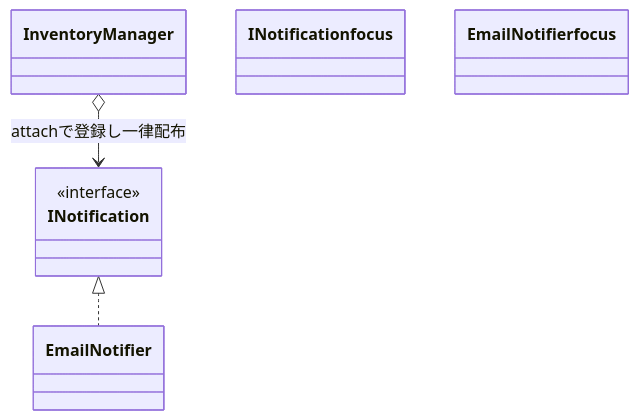
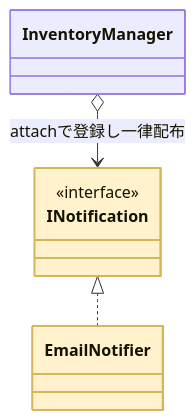
The tenth of 15 diagrams in kindle/design-patterns/output/chapter07.md (kumachan1101-pixel/DesignPattern), drawn with Mermaid before and after one commit. The commit also changed other lines of this file and 15 other files, not shown here.

First line of the commit message:
全章classDiagram: phantom浮きクラスを生む着色構文 class X focus を :::focus へ修正（103箇所）

````diff
--- a/kindle/design-patterns/output/chapter07.md
+++ b/kindle/design-patterns/output/chapter07.md
@@ -1314,11 +1314,11 @@
 ```mermaid
 classDiagram
     class InventoryManager
     class INotification { <<interface>> }
     class EmailNotifier
     InventoryManager o--> INotification : attachで登録し一律配布
     INotification <|.. EmailNotifier
-    class INotification focus
-    class EmailNotifier focus
+    class INotification:::focus
+    class EmailNotifier:::focus
     classDef focus fill:#FFF2CC,stroke:#D6B656,stroke-width:2px
 ```
````
